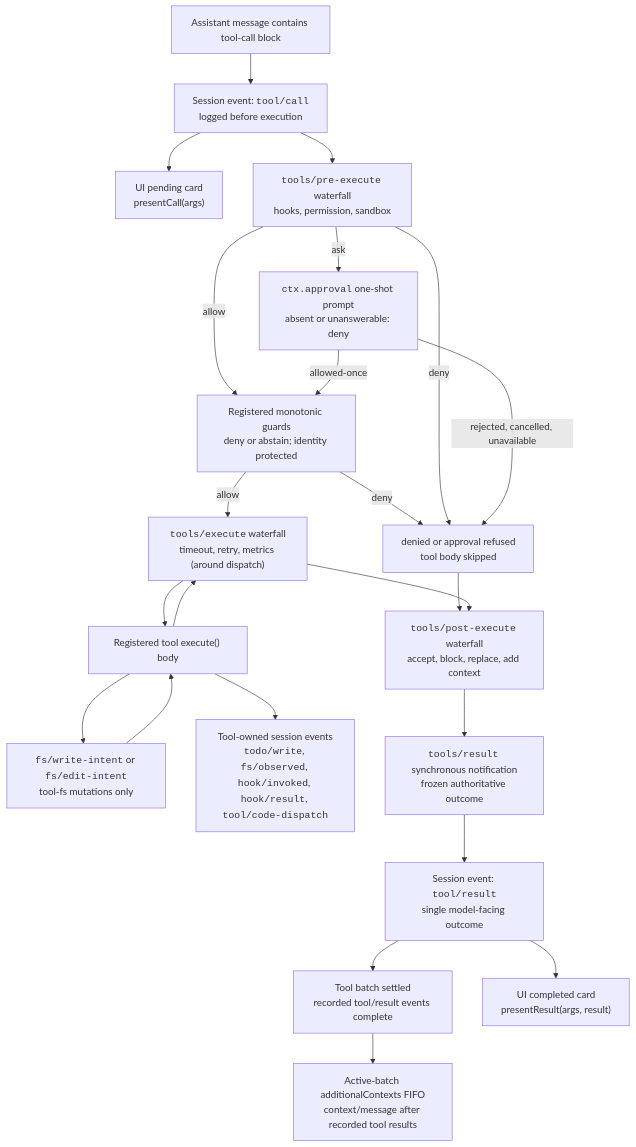
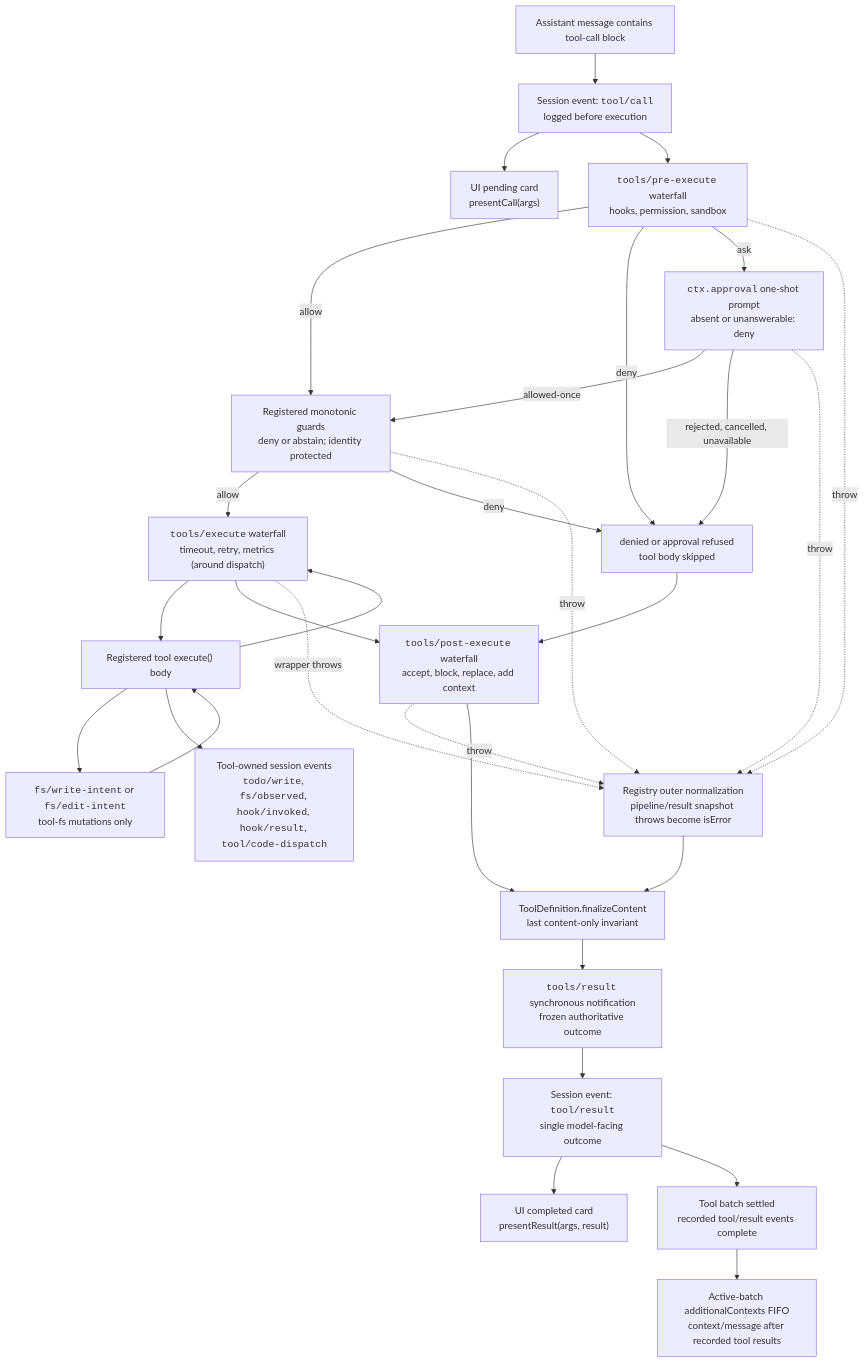
The diagram in docs/tool-execution-pipeline.md (eru123/coco-harness), drawn with Mermaid before and after one commit. The commit also changed other lines of this file and 67 other files, not shown here.

````diff
--- a/docs/tool-execution-pipeline.md
+++ b/docs/tool-execution-pipeline.md
@@ -8,42 +8,51 @@
 ```mermaid
 flowchart TD
   model["Assistant message contains tool-call block"]
   toolCall["Session event: <code>tool/call</code><br/>logged before execution"]
   presentCall["UI pending card<br/>presentCall(args)"]
   pre["<code>tools/pre-execute</code> waterfall<br/>hooks, permission, sandbox"]
   guards["Registered monotonic guards<br/>deny or abstain; identity protected"]
   denied["denied or approval refused<br/>tool body skipped"]
   approval["<code>ctx.approval</code> one-shot prompt<br/>absent or unanswerable: deny"]
   around["<code>tools/execute</code> waterfall<br/>timeout, retry, metrics (around dispatch)"]
   toolBody["Registered tool execute() body"]
   fsGate["<code>fs/write-intent</code> or <code>fs/edit-intent</code><br/>tool-fs mutations only"]
   owned["Tool-owned session events<br/><code>todo/write</code>, <code>fs/observed</code>, <code>hook/invoked</code>, <code>hook/result</code>, <code>tool/code-dispatch</code>"]
   post["<code>tools/post-execute</code> waterfall<br/>accept, block, replace, add context"]
+  normalized["Registry outer normalization<br/>pipeline/result snapshot throws become isError"]
+  finalize["ToolDefinition.finalizeContent<br/>last content-only invariant"]
   final["<code>tools/result</code> synchronous notification<br/>frozen authoritative outcome"]
   context["Active-batch additionalContexts FIFO<br/>context/message after recorded tool results"]
   toolResult["Session event: <code>tool/result</code><br/>single model-facing outcome"]
   allResults["Tool batch settled<br/>recorded tool/result events complete"]
   presentResult["UI completed card<br/>presentResult(args, result)"]
   model --> toolCall
   toolCall --> presentCall
   toolCall --> pre
   pre -->|allow| guards
   guards -->|allow| around
   guards -->|deny| denied
+  guards -.->|throw| normalized
   around --> toolBody
   pre -->|deny| denied
   pre -->|ask| approval
   approval -->|allowed-once| guards
   approval -->|rejected, cancelled, unavailable| denied
+  approval -.->|throw| normalized
   denied --> post
+  pre -.->|throw| normalized
   toolBody --> fsGate
   fsGate --> toolBody
   toolBody --> owned
   toolBody --> around
   around --> post
-  post --> final
+  around -.->|wrapper throws| normalized
+  post -.->|throw| normalized
+  post --> finalize
+  normalized --> finalize
+  finalize --> final
   final --> toolResult
   toolResult --> presentResult
   toolResult --> allResults
   allResults --> context
 ```
````
